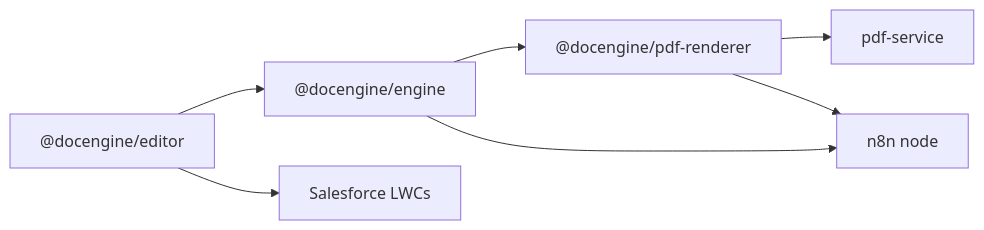
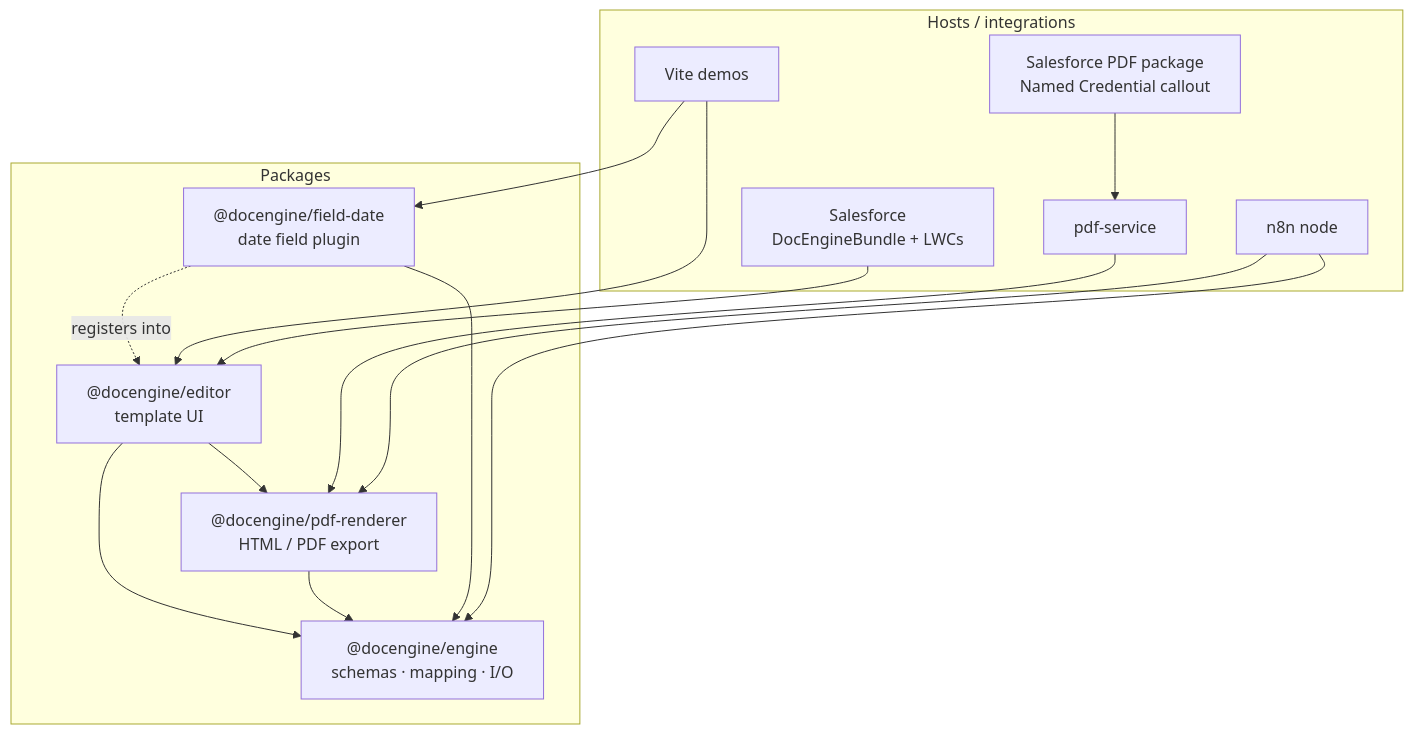
The diagram in README.md (YuriOsipov/docEngine), drawn with Mermaid before and after one commit. The commit also changed other lines of this file, not shown here.

Commit message:
Fix README architecture diagram to match real package and host wiring.
Show engine as the core, editor/pdf-renderer/field-date relationships, and how demos, Salesforce, pdf-service, and n8n consume them.

````diff
--- a/README.md
+++ b/README.md
@@ -42,9 +44,31 @@
 ```mermaid
-flowchart LR
-  Editor["@docengine/editor"] --> Engine["@docengine/engine"]
-  Engine --> PDF["@docengine/pdf-renderer"]
-  PDF --> PdfSvc["pdf-service"]
-  Editor --> SF["Salesforce LWCs"]
-  Engine --> N8N["n8n node"]
-  PDF --> N8N
+flowchart TB
+  subgraph packages [Packages]
+    Engine["@docengine/engine<br/>schemas · mapping · I/O"]
+    Editor["@docengine/editor<br/>template UI"]
+    PDF["@docengine/pdf-renderer<br/>HTML / PDF export"]
+    Date["@docengine/field-date<br/>date field plugin"]
+  end
+
+  subgraph hosts [Hosts / integrations]
+    Demos["Vite demos"]
+    SF["Salesforce<br/>DocEngineBundle + LWCs"]
+    PdfSvc["pdf-service"]
+    N8N["n8n node"]
+    SfPdf["Salesforce PDF package<br/>Named Credential callout"]
+  end
+
+  Editor --> Engine
+  Editor --> PDF
+  PDF --> Engine
+  Date --> Engine
+  Date -.->|registers into| Editor
+
+  Demos --> Editor
+  Demos --> Date
+  SF --> Editor
+  PdfSvc --> PDF
+  N8N --> Engine
+  N8N --> PDF
+  SfPdf --> PdfSvc
 ```
````
